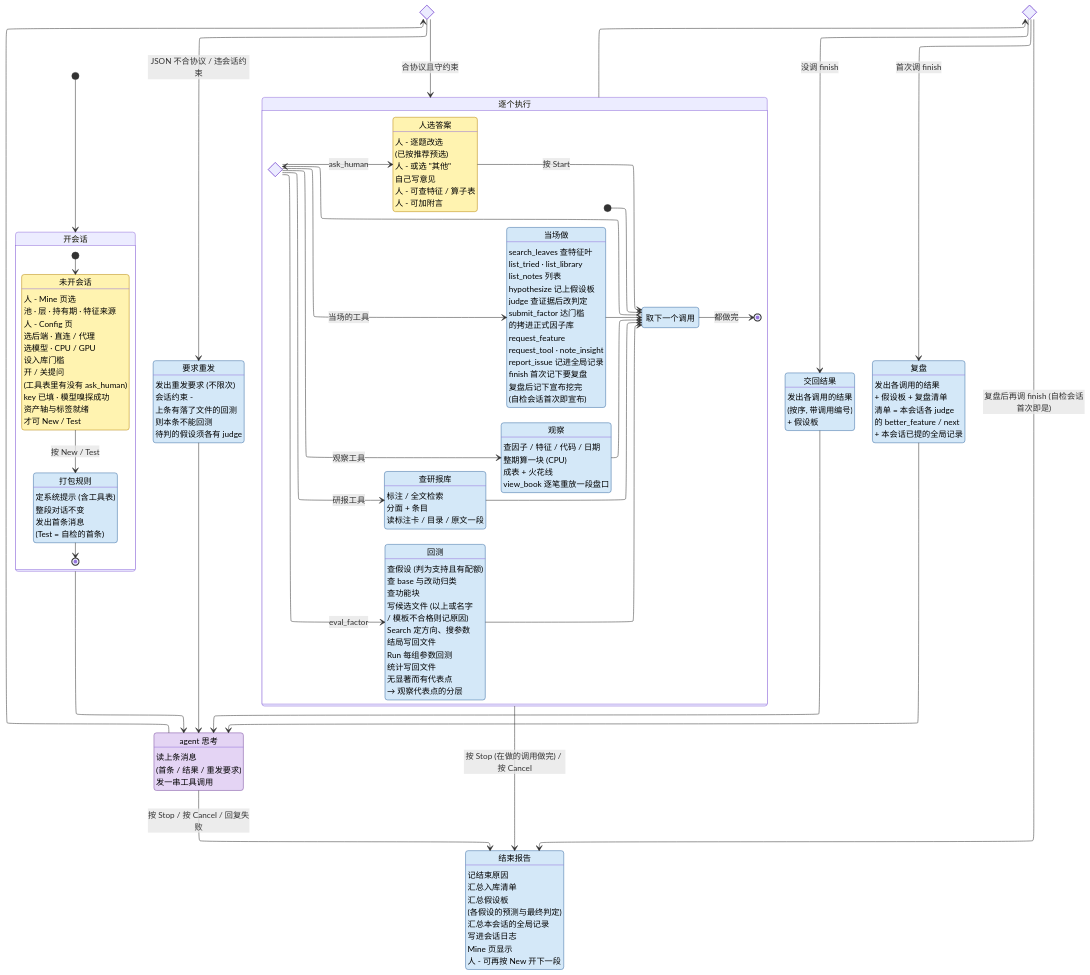
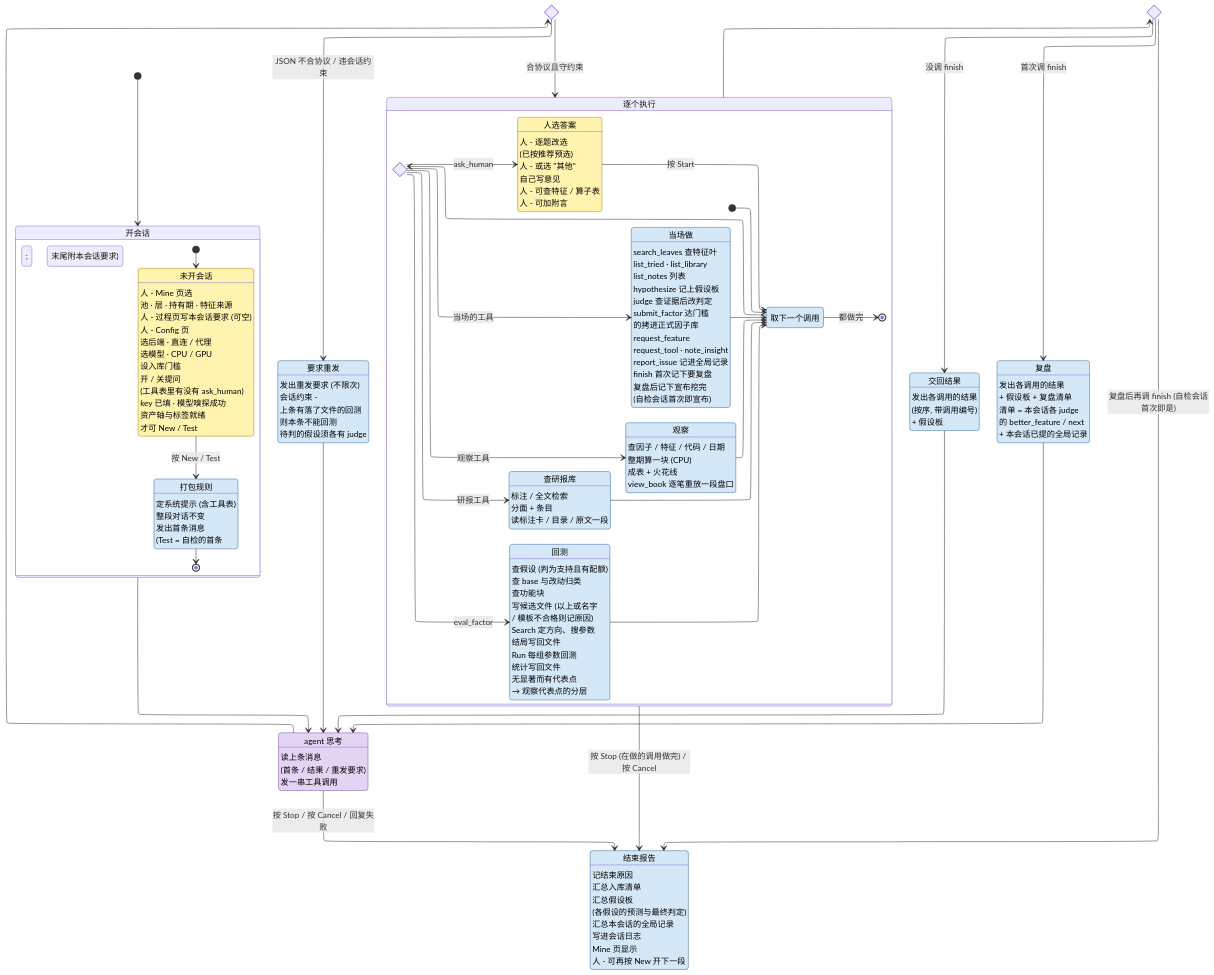
One commit to CoCoMilkyWay/stk changed the diagram in AGENT.md. Above: the diagram before and after it, drawn with Mermaid. The commit also changed other lines of this file and 10 other files, not shown here.

```diff
--- a/AGENT.md
+++ b/AGENT.md
@@ -56,6 +57,7 @@
         state "未开会话" as None
         None : 人 - Mine 页选
         None : 池 · 层 · 持有期 · 特征来源
+        None : 人 - 过程页写本会话要求 (可空)
         None : 人 - Config 页
         None : 选后端 · 直连 / 代理
         None : 选模型 · CPU / GPU
@@ -69,7 +71,7 @@
         Pack : 定系统提示 (含工具表)
         Pack : 整段对话不变
         Pack : 发出首条消息
-        Pack : (Test = 自检的首条)
+        Pack : (Test = 自检的首条; 末尾附本会话要求)
 
         [*] --> None
         None --> Pack : 按 New / Test
```
